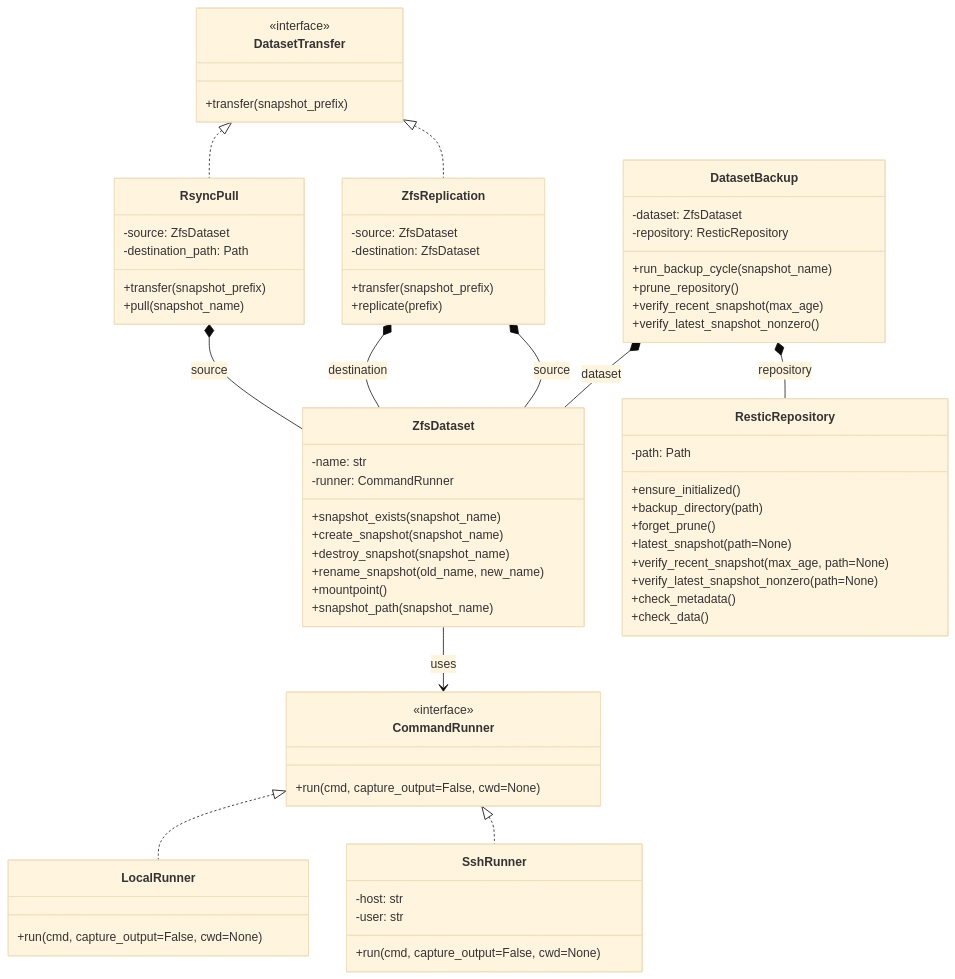
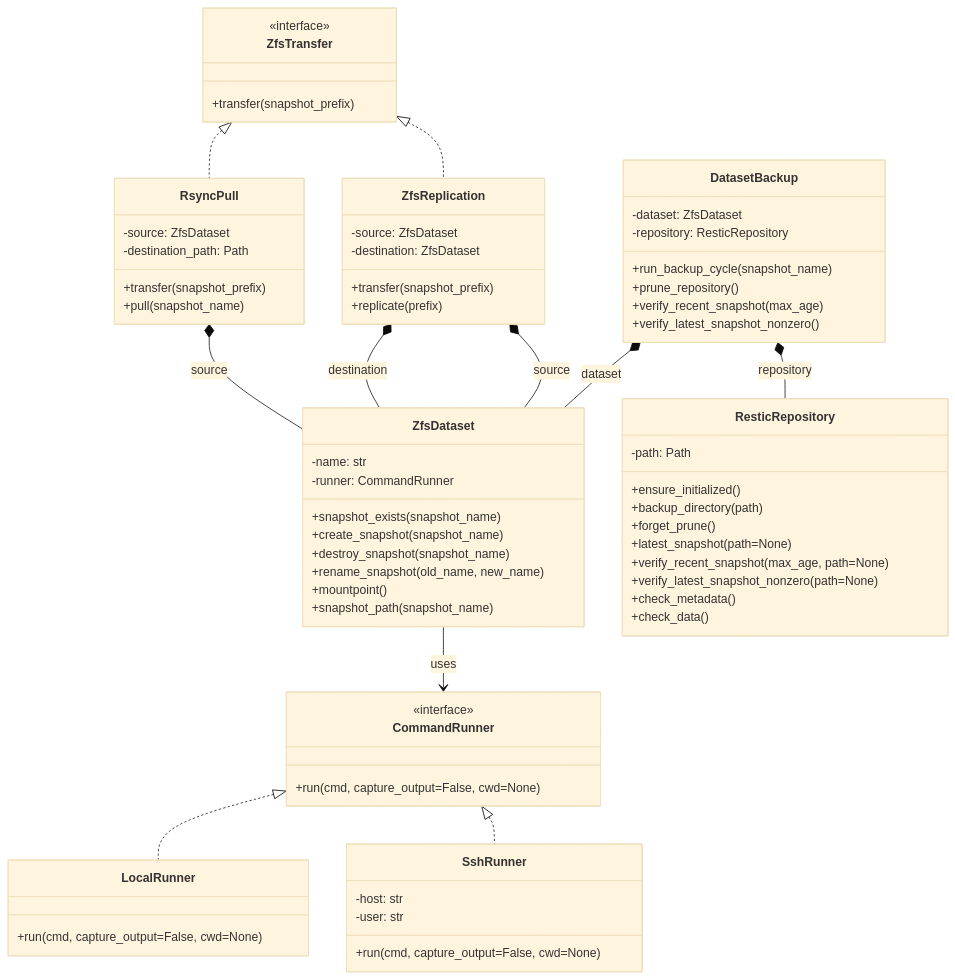
Before and after one commit to franco-ruggeri/nix-config: the diagram in python/homelab-backup/docs/design.md, drawn with Mermaid (base theme). The commit also changed other lines of this file and 3 other files, not shown here.

Commit message:
refactor(homelab-backup): rename DatasetTransfer to ZfsTransfer

````diff
--- a/python/homelab-backup/docs/design.md
+++ b/python/homelab-backup/docs/design.md
@@ -5,80 +5,80 @@
 ```mermaid
 classDiagram
   class CommandRunner {
     <<interface>>
     +run(cmd, capture_output=False, cwd=None)
   }
 
   class LocalRunner {
     +run(cmd, capture_output=False, cwd=None)
   }
 
   class SshRunner {
     -host: str
     -user: str
     +run(cmd, capture_output=False, cwd=None)
   }
 
   class ZfsDataset {
     -name: str
     -runner: CommandRunner
     +snapshot_exists(snapshot_name)
     +create_snapshot(snapshot_name)
     +destroy_snapshot(snapshot_name)
     +rename_snapshot(old_name, new_name)
     +mountpoint()
     +snapshot_path(snapshot_name)
   }
 
   class ResticRepository {
     -path: Path
     +ensure_initialized()
     +backup_directory(path)
     +forget_prune()
     +latest_snapshot(path=None)
     +verify_recent_snapshot(max_age, path=None)
     +verify_latest_snapshot_nonzero(path=None)
     +check_metadata()
     +check_data()
   }
 
   class DatasetBackup {
     -dataset: ZfsDataset
     -repository: ResticRepository
     +run_backup_cycle(snapshot_name)
     +prune_repository()
     +verify_recent_snapshot(max_age)
     +verify_latest_snapshot_nonzero()
   }
 
-  class DatasetTransfer {
+  class ZfsTransfer {
     <<interface>>
     +transfer(snapshot_prefix)
   }
 
   class ZfsReplication {
     -source: ZfsDataset
     -destination: ZfsDataset
     +transfer(snapshot_prefix)
     +replicate(prefix)
   }
 
   class RsyncPull {
     -source: ZfsDataset
     -destination_path: Path
     +transfer(snapshot_prefix)
     +pull(snapshot_name)
   }
 
   CommandRunner <|.. LocalRunner
   CommandRunner <|.. SshRunner
-  DatasetTransfer <|.. ZfsReplication
-  DatasetTransfer <|.. RsyncPull
+  ZfsTransfer <|.. ZfsReplication
+  ZfsTransfer <|.. RsyncPull
 
   ZfsDataset --> CommandRunner : uses
   DatasetBackup *-- ZfsDataset : dataset
   DatasetBackup *-- ResticRepository : repository
   ZfsReplication *-- ZfsDataset : source
   ZfsReplication *-- ZfsDataset : destination
   RsyncPull *-- ZfsDataset : source
 ```
````
